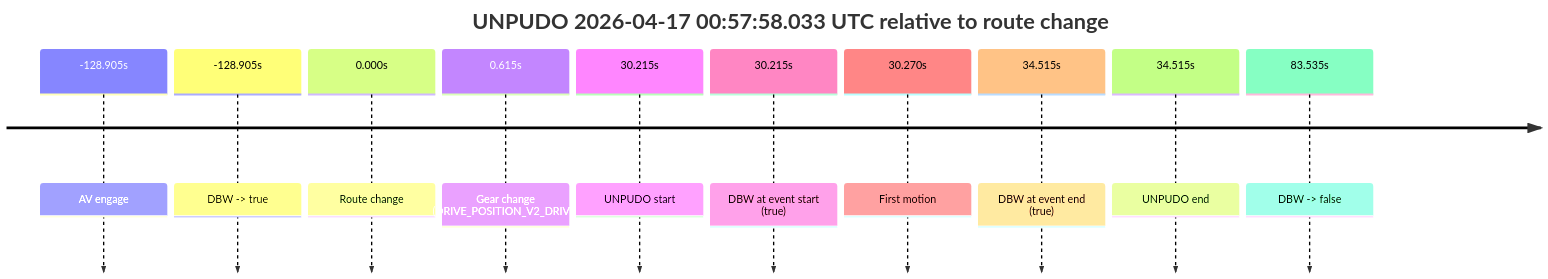
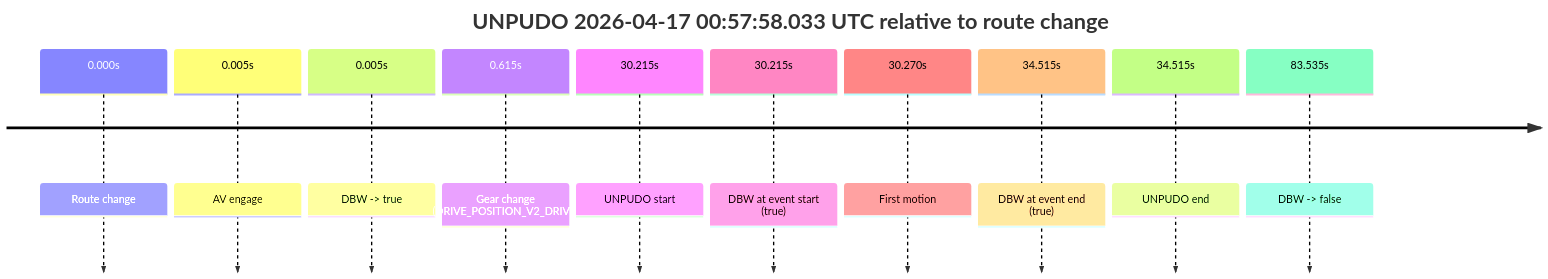
The second of 5 diagrams in model_analysis/report_cards/2026/04/Week-3/fme10010--2026-04-17--00-39-32--gen2-av-4e831312-0084-4405-a91b-0e7f81df6d74.md (yoelshapiro/vault), drawn with Mermaid before and after one commit. The commit also changed other lines of this file and 41 other files, not shown here.

````diff
--- a/model_analysis/report_cards/2026/04/Week-3/fme10010--2026-04-17--00-39-32--gen2-av-4e831312-0084-4405-a91b-0e7f81df6d74.md
+++ b/model_analysis/report_cards/2026/04/Week-3/fme10010--2026-04-17--00-39-32--gen2-av-4e831312-0084-4405-a91b-0e7f81df6d74.md
@@ -43,14 +132,14 @@
 ```mermaid
 timeline
     title UNPUDO 2026-04-17 00:57:58.033 UTC relative to route change
-    -128.905s : AV engage
-    -128.905s : DBW -> true
     0.000s : Route change
+    0.005s : AV engage
+    0.005s : DBW -> true
     0.615s : Gear change (DRIVE_POSITION_V2_DRIVE)
     30.215s : UNPUDO start
     30.215s : DBW at event start (true)
     30.270s : First motion
     34.515s : DBW at event end (true)
     34.515s : UNPUDO end
     83.535s : DBW -> false
 ```
````
